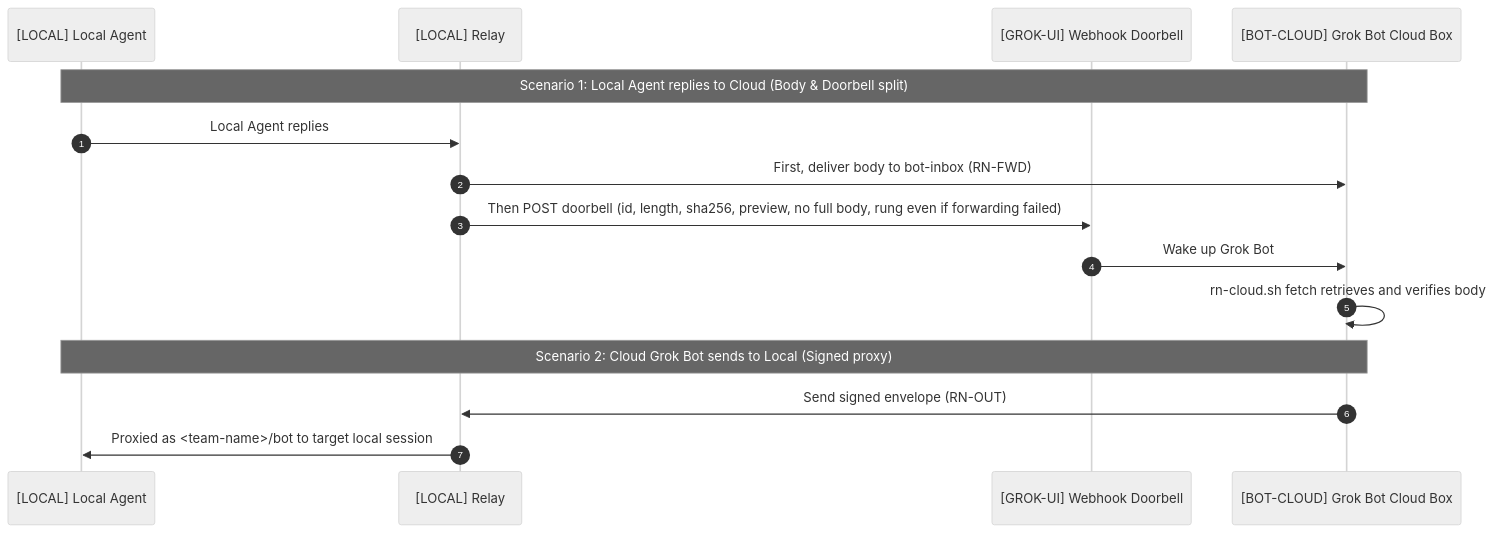
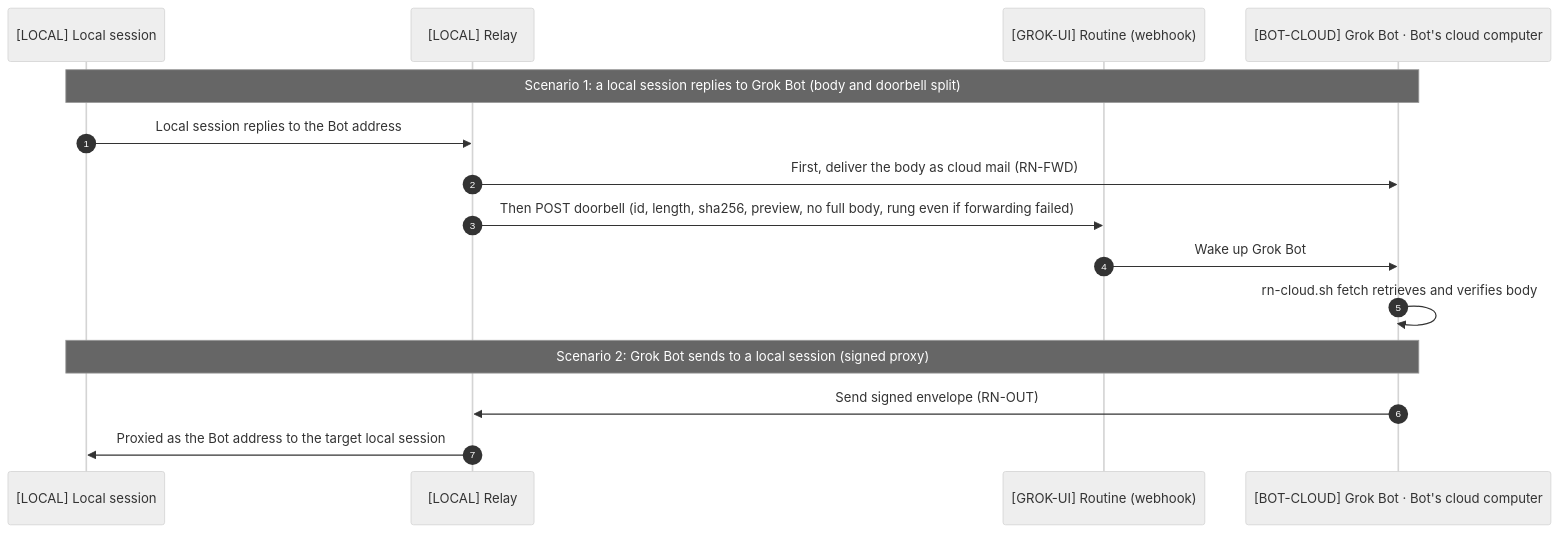
One commit to xiaozhenliu/agent-mesh changed the second of 2 diagrams in README.md. Above: the diagram before and after it, drawn with Mermaid (neutral theme). The commit also changed other lines of this file and 13 other files, not shown here.

````diff
--- a/README.md
+++ b/README.md
@@ -75,19 +124,19 @@
 ```mermaid
 sequenceDiagram
     autonumber
-    participant Local as [LOCAL] Local Agent
+    participant Local as [LOCAL] Local session
     participant Relay as [LOCAL] Relay
-    participant Webhook as [GROK-UI] Webhook Doorbell
-    participant Cloud as [BOT-CLOUD] Grok Bot Cloud Box
+    participant Webhook as [GROK-UI] Routine (webhook)
+    participant Cloud as [BOT-CLOUD] Grok Bot · Bot's cloud computer
 
-    Note over Local,Cloud: Scenario 1: Local Agent replies to Cloud (Body & Doorbell split)
-    Local->>Relay: Local Agent replies
-    Relay->>Cloud: First, deliver body to bot-inbox (RN-FWD)
+    Note over Local,Cloud: Scenario 1: a local session replies to Grok Bot (body and doorbell split)
+    Local->>Relay: Local session replies to the Bot address
+    Relay->>Cloud: First, deliver the body as cloud mail (RN-FWD)
     Relay->>Webhook: Then POST doorbell (id, length, sha256, preview, no full body, rung even if forwarding failed)
     Webhook->>Cloud: Wake up Grok Bot
     Cloud->>Cloud: rn-cloud.sh fetch retrieves and verifies body
 
-    Note over Local,Cloud: Scenario 2: Cloud Grok Bot sends to Local (Signed proxy)
+    Note over Local,Cloud: Scenario 2: Grok Bot sends to a local session (signed proxy)
     Cloud->>Relay: Send signed envelope (RN-OUT)
-    Relay->>Local: Proxied as <team-name>/bot to target local session
+    Relay->>Local: Proxied as the Bot address to the target local session
 ```
````
